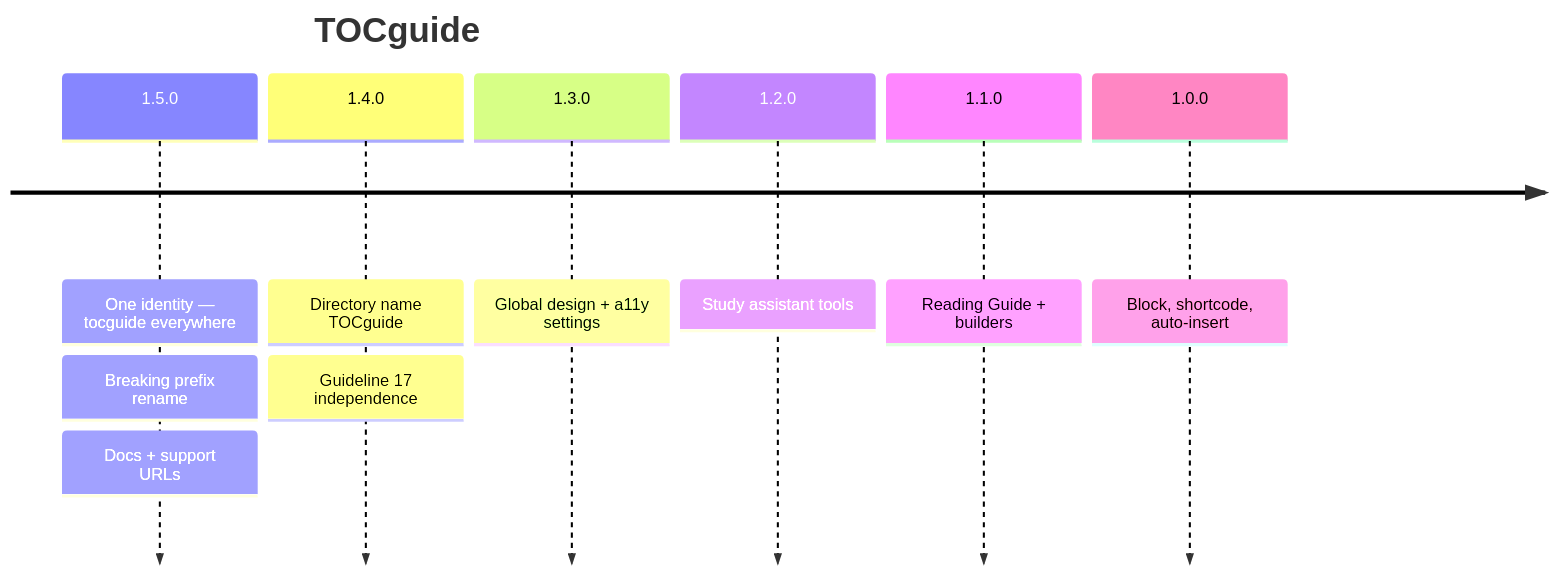
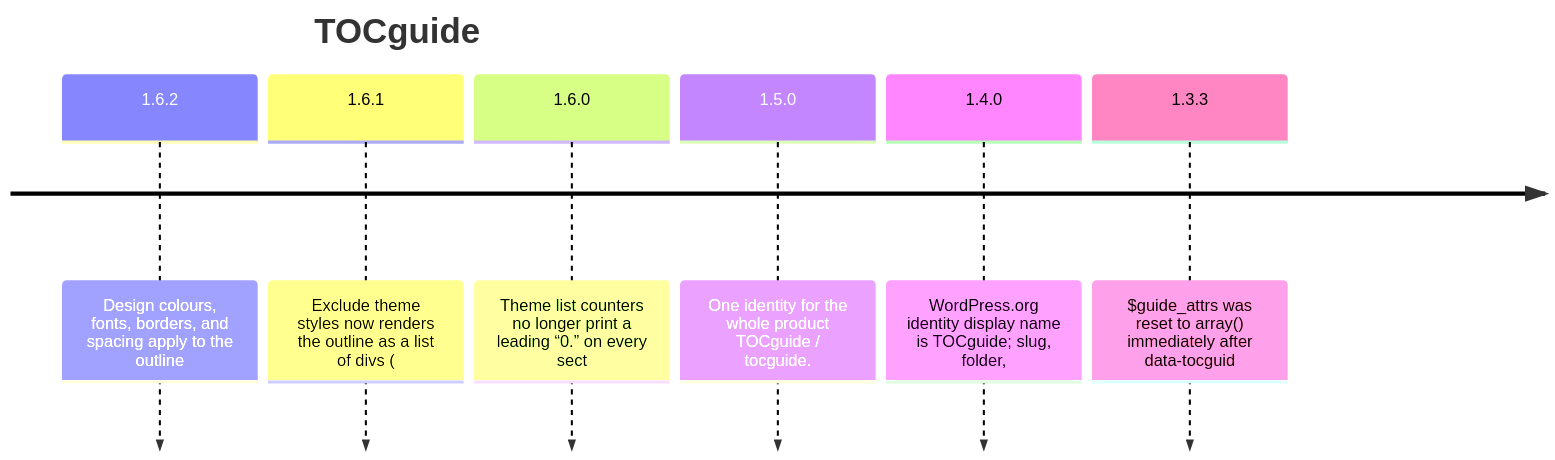
One commit to matthummel-pa/tocflow changed the diagram in README.md. Above: the diagram before and after it, drawn with Mermaid. The commit also changed other lines of this file and 11 other files, not shown here.

````diff
--- a/README.md
+++ b/README.md
@@ -64,13 +65,10 @@
 ```mermaid
 timeline
     title TOCguide
-    1.5.0 : One identity — tocguide everywhere
-         : Breaking prefix rename
-         : Docs + support URLs
-    1.4.0 : Directory name TOCguide
-         : Guideline 17 independence
-    1.3.0 : Global design + a11y settings
-    1.2.0 : Study assistant tools
-    1.1.0 : Reading Guide + builders
-    1.0.0 : Block, shortcode, auto-insert
+    1.6.2 : Design colours, fonts, borders, and spacing apply to the outline
+    1.6.1 : Exclude theme styles now renders the outline as a list of divs (
+    1.6.0 : Theme list counters no longer print a leading “0.” on every sect
+    1.5.0 : One identity for the whole product TOCguide / tocguide.
+    1.4.0 : WordPress.org identity display name is TOCguide; slug, folder,
+    1.3.3 : $guide_attrs was reset to array() immediately after data-tocguid
 ```
````
